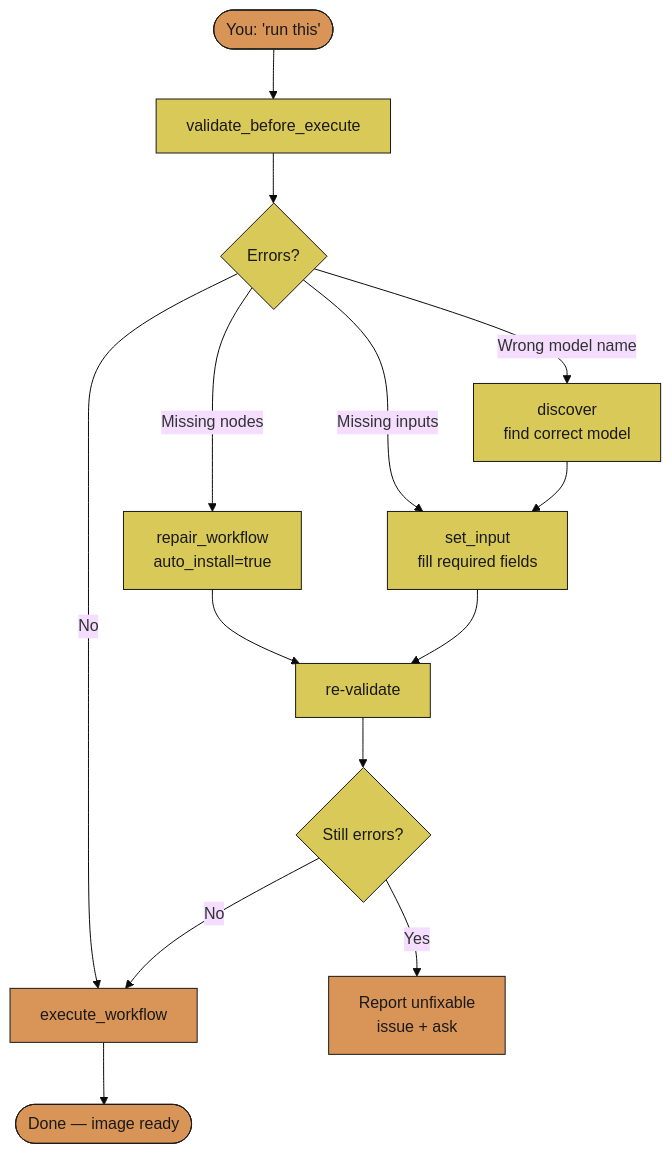
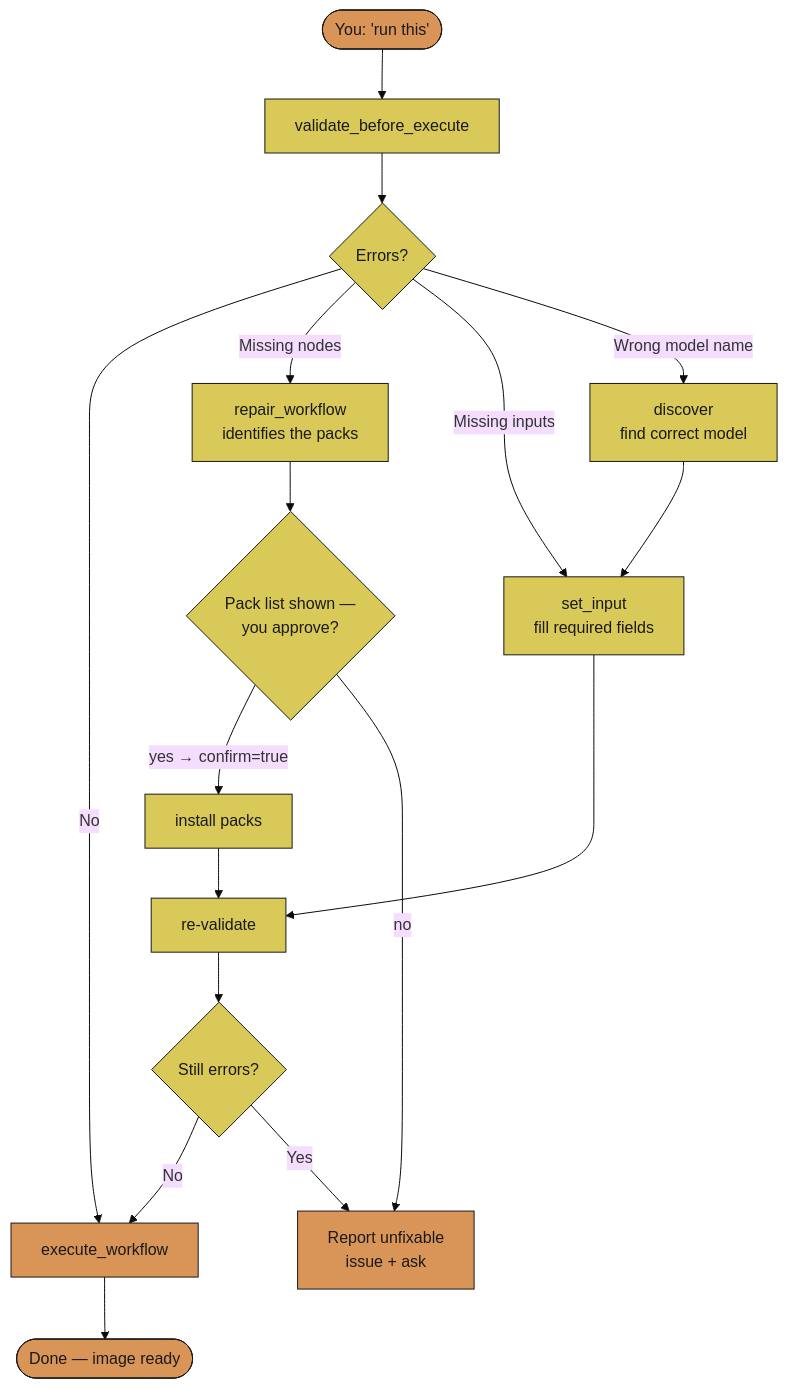
The ninth of 33 diagrams in README.md (JosephOIbrahim/Comfy-Cozy), drawn with Mermaid (base theme) before and after one commit. The commit also changed other lines of this file, not shown here.

````diff
--- a/README.md
+++ b/README.md
@@ -584,21 +584,24 @@
 ```mermaid
 flowchart TD
     Run(["You: 'run this'"]) --> Validate["validate_before_execute"]
     Validate --> Check{"Errors?"}
     Check -->|No| Execute["execute_workflow"]
-    Check -->|"Missing nodes"| Repair["repair_workflow<br/>auto_install=true"]
+    Check -->|"Missing nodes"| Repair["repair_workflow<br/>identifies the packs"]
     Check -->|"Missing inputs"| SetInput["set_input<br/>fill required fields"]
     Check -->|"Wrong model name"| Discover["discover<br/>find correct model"]
-    Repair --> Revalidate["re-validate"]
+    Repair --> Confirm{"Pack list shown —<br/>you approve?"}
+    Confirm -->|"yes → confirm=true"| Install["install packs"]
+    Confirm -->|no| Report
+    Install --> Revalidate["re-validate"]
     SetInput --> Revalidate
     Discover --> SetInput
     Revalidate --> Check2{"Still errors?"}
     Check2 -->|No| Execute
     Check2 -->|Yes| Report["Report unfixable<br/>issue + ask"]
     Execute --> Done(["Done — image ready"])
 
     classDef orange fill:#d99458,color:#1a1a1a,stroke:#1a1a1a
     classDef yellow fill:#d9c958,color:#1a1a1a,stroke:#1a1a1a
     class Run,Execute,Done,Report orange
-    class Validate,Repair,SetInput,Discover,Check,Revalidate,Check2 yellow
+    class Validate,Repair,Confirm,Install,SetInput,Discover,Check,Revalidate,Check2 yellow
 ```
````
